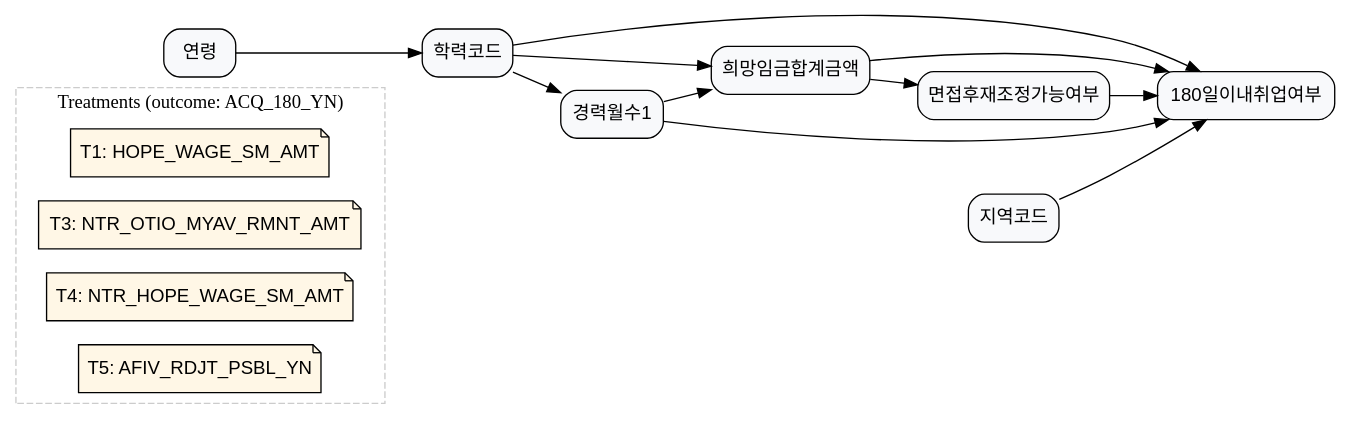
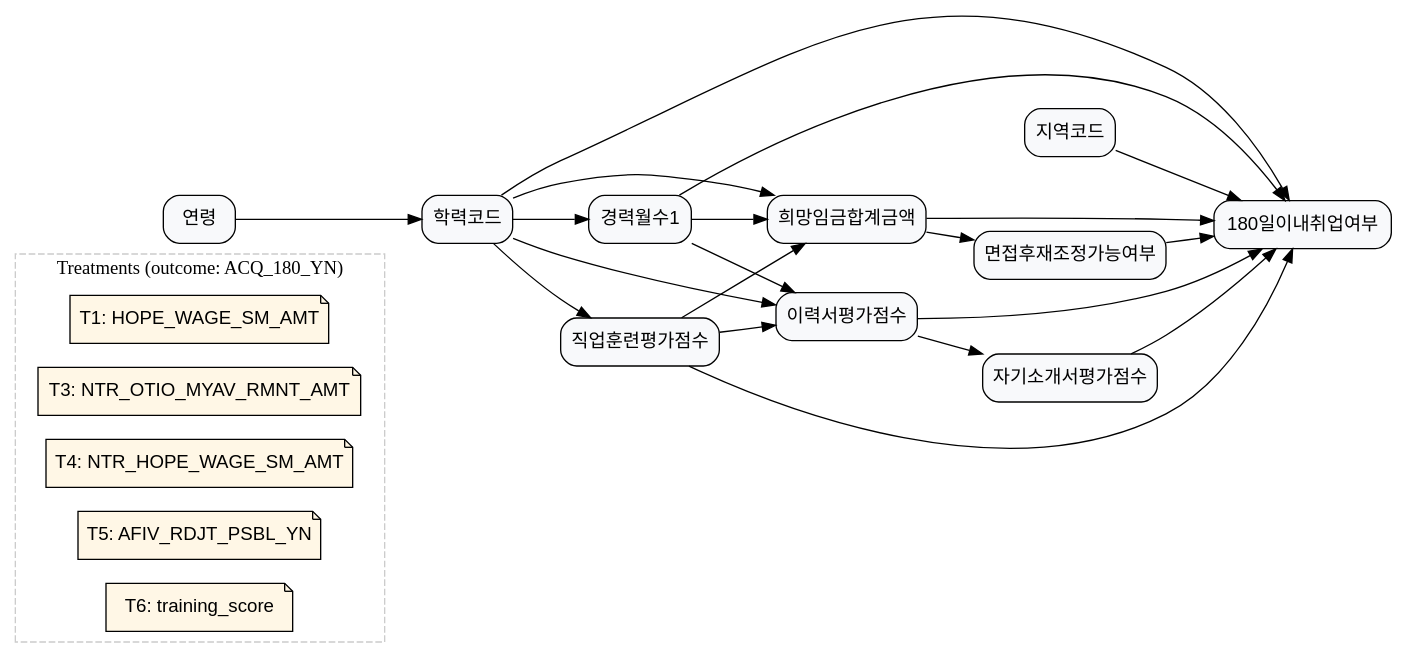
One commit to KU-LIM-Lab/dowhy-deep changed the diagram in laborlab_2/data/graph_data/graph_4.dot. Above: the diagram before and after it, drawn with Graphviz. The commit also changed 5 other files, not shown here.

Commit message:
add causal graph

```diff
--- a/laborlab_2/data/graph_data/graph_4.dot
+++ b/laborlab_2/data/graph_data/graph_4.dot
@@ -1,60 +1,78 @@
 digraph G {
 	graph [rankdir=LR];
 	node [fillcolor="#F8F9FB",
-		fontname=Helvetica,
-		shape=box,
-		style="rounded,filled"
+	fontname=Helvetica,
+	shape=box,
+	style="rounded,filled"
 	];
 	subgraph cluster_treatments {
-		graph [color="#CCCCCC",
-			label="Treatments (outcome: ACQ_180_YN)",
-			style=dashed
-		];
-		node [fillcolor="#FFF7E6",
-			fontname=Helvetica,
-			shape=note,
-			style="rounded,filled"
-		];
-		T1	[label="T1: HOPE_WAGE_SM_AMT",
-			role=treatment_meta,
-			treatment_def="희망임금 수준 차이의 효과",
-			treatment_name=HOPE_WAGE_SM_AMT,
-			treatment_question="희망임금이 높은 사람과 낮은 사람의 6개월 내 취업 확률 차이?",
-			treatment_var=HOPE_WAGE_SM_AMT];
-		T3	[label="T3: NTR_OTIO_MYAV_RMNT_AMT",
-			role=treatment_meta,
-			treatment_def="직종×지역 중앙입직임금 수준 차이의 효과",
-			treatment_name=NTR_OTIO_MYAV_RMNT_AMT,
-			treatment_question="중앙 입직임금이 높은 환경과 낮은 환경의 구직자 6개월 내 취업 확률 차이?",
-			treatment_var=NTR_OTIO_MYAV_RMNT_AMT];
-		T4	[label="T4: NTR_HOPE_WAGE_SM_AMT",
-			role=treatment_meta,
-			treatment_def="직종×지역 중앙희망임금 수준 차이의 효과",
-			treatment_name=NTR_HOPE_WAGE_SM_AMT,
-			treatment_question="주변 구직자들의 중앙 희망임금이 높은 환경과 낮은 환경에서의 6개월 내 취업 확률 차이?",
-			treatment_var=NTR_HOPE_WAGE_SM_AMT];
-		T5	[label="T5: AFIV_RDJT_PSBL_YN",
-			role=treatment_meta,
-			treatment_def="면접후재조정가능여부 차이의 효과",
-			treatment_name=AFIV_RDJT_PSBL_YN,
-			treatment_question="임금 재조정이 가능하다고 응답한 사람과 불가능하다고 응답한 사람의 6개월 내 취업 확률 차이?",
-			treatment_var=AFIV_RDJT_PSBL_YN];
-	}
+	graph [color="#CCCCCC",
+	label="Treatments (outcome: ACQ_180_YN)",
+	style=dashed
+	];
+	node [fillcolor="#FFF7E6",
+	fontname=Helvetica,
+	shape=note,
+	style="rounded,filled"
+	];
+	T1	[label="T1: HOPE_WAGE_SM_AMT",
+	role=treatment_meta,
+	treatment_def="희망임금 수준 차이의 효과",
+	treatment_name=HOPE_WAGE_SM_AMT,
+	treatment_question="희망임금이 높은 사람과 낮은 사람의 6개월 내 취업 확률 차이?",
+	treatment_var=HOPE_WAGE_SM_AMT];
+	T3	[label="T3: NTR_OTIO_MYAV_RMNT_AMT",
+	role=treatment_meta,
+	treatment_def="직종×지역 중앙입직임금 수준 차이의 효과",
+	treatment_name=NTR_OTIO_MYAV_RMNT_AMT,
+	treatment_question="중앙 입직임금이 높은 환경과 낮은 환경의 구직자 6개월 내 취업 확률 차이?",
+	treatment_var=NTR_OTIO_MYAV_RMNT_AMT];
+	T4	[label="T4: NTR_HOPE_WAGE_SM_AMT",
+	role=treatment_meta,
+	treatment_def="직종×지역 중앙희망임금 수준 차이의 효과",
+	treatment_name=NTR_HOPE_WAGE_SM_AMT,
+	treatment_question="주변 구직자들의 중앙 희망임금이 높은 환경과 낮은 환경에서의 6개월 내 취업 확률 차이?",
+	treatment_var=NTR_HOPE_WAGE_SM_AMT];
+	T5	[label="T5: AFIV_RDJT_PSBL_YN",
+	role=treatment_meta,
+	treatment_def="면접후재조정가능여부 차이의 효과",
+	treatment_name=AFIV_RDJT_PSBL_YN,
+	treatment_question="임금 재조정이 가능하다고 응답한 사람과 불가능하다고 응답한 사람의 6개월 내 취업 확률 차이?",
+	treatment_var=AFIV_RDJT_PSBL_YN];
+	T6	[label="T6: training_score",
+	role=treatment_meta,
+	treatment_def="직업훈련평가점수 수준 차이의 효과",
+	treatment_name=training_score,
+	treatment_question="직업훈련 평가 점수가 높은 사람과 낮은 사람의 6개월 내 취업 확률 차이?",
+	treatment_var=training_score];
+}
 	ACQ_180_YN	[label="180일이내취업여부"];
 	HOPE_WAGE_SM_AMT	[label=희망임금합계금액];
 	HOPE_WAGE_SM_AMT -> ACQ_180_YN;
 	AFIV_RDJT_PSBL_YN	[label=면접후재조정가능여부];
 	HOPE_WAGE_SM_AMT -> AFIV_RDJT_PSBL_YN;
 	AFIV_RDJT_PSBL_YN -> ACQ_180_YN;
 	AREA_CD	[label=지역코드];
 	AREA_CD -> ACQ_180_YN;
 	ACCR_CD	[label=학력코드];
 	ACCR_CD -> ACQ_180_YN;
 	ACCR_CD -> HOPE_WAGE_SM_AMT;
 	CARR_MYCT1	[label=경력월수1];
 	ACCR_CD -> CARR_MYCT1;
 	CARR_MYCT1 -> ACQ_180_YN;
 	CARR_MYCT1 -> HOPE_WAGE_SM_AMT;
 	AGE	[label=연령];
 	AGE -> ACCR_CD;
+	resume_score	[label=이력서평가점수];
+	ACCR_CD -> resume_score;
+	CARR_MYCT1 -> resume_score;
+	resume_score -> ACQ_180_YN;
+	cover_letter_score	[label=자기소개서평가점수];
+	resume_score -> cover_letter_score;
+	cover_letter_score -> ACQ_180_YN;
+	training_score	[label=직업훈련평가점수];
+	ACCR_CD -> training_score;
+	training_score -> ACQ_180_YN;
+	training_score -> HOPE_WAGE_SM_AMT;
+	training_score -> resume_score;
 }
```
